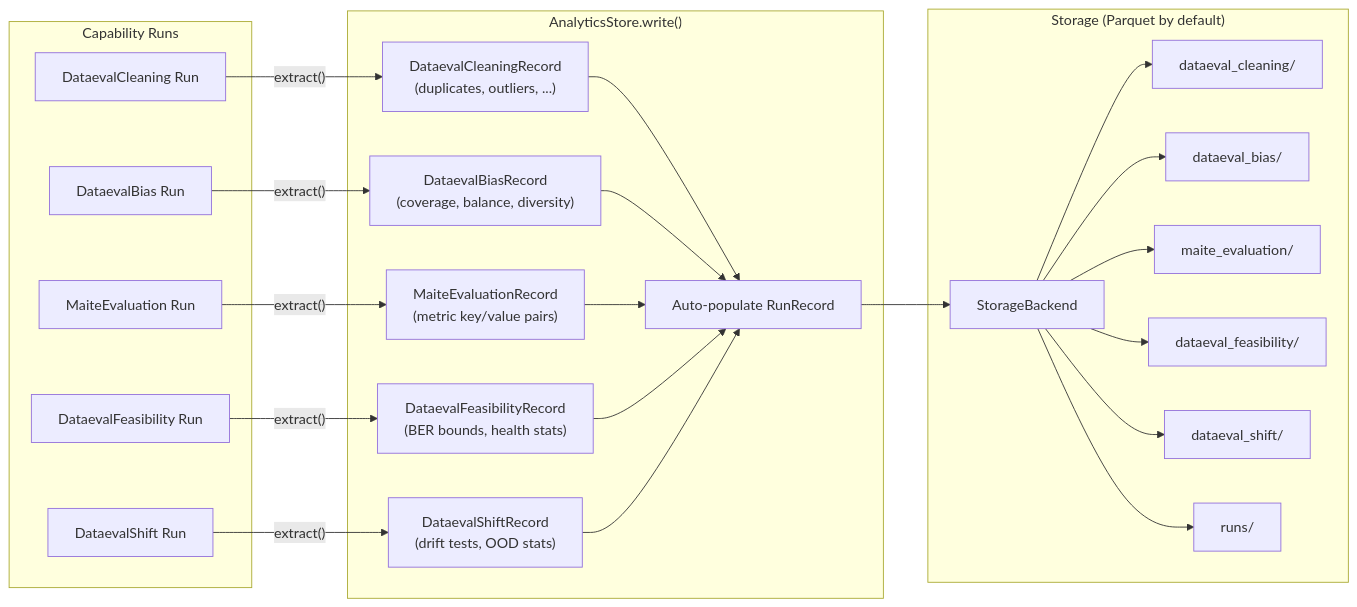
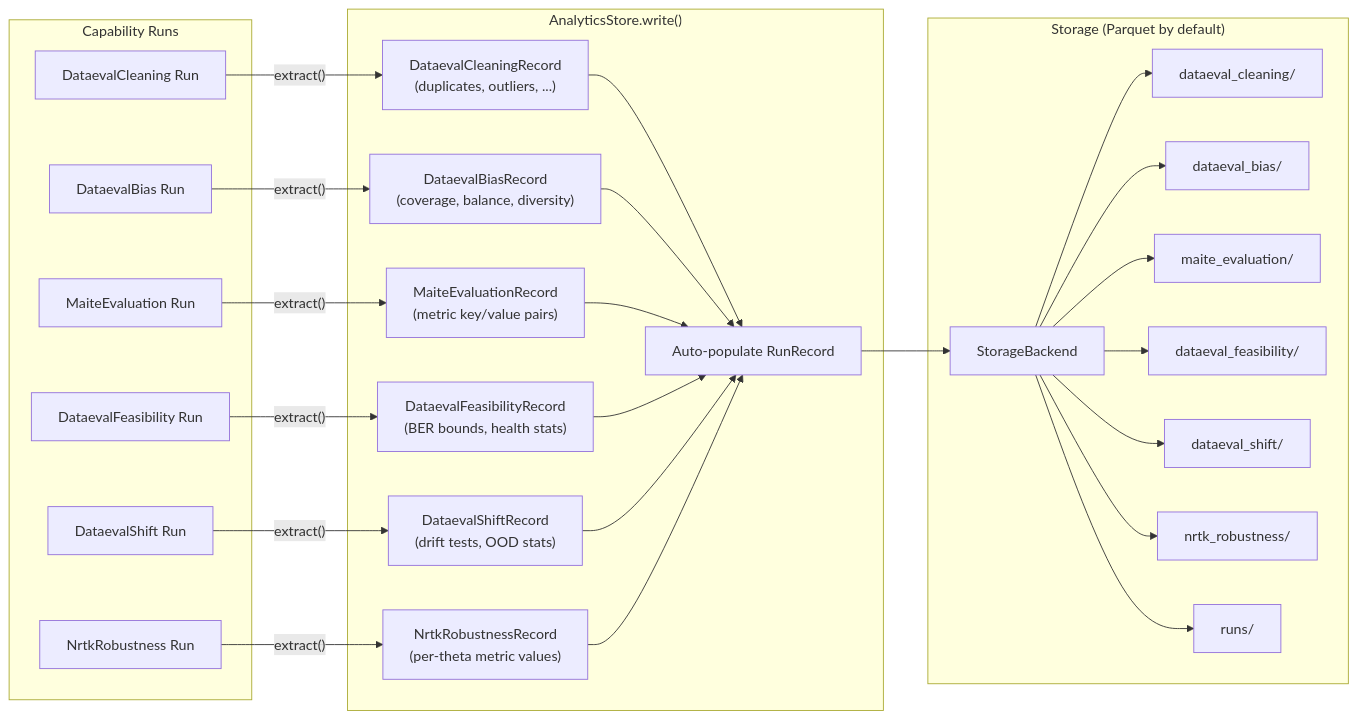
The fourth of 4 diagrams in docs/development/key_concepts.md (openteams-ai/checkmaite), drawn with Mermaid before and after one commit. The commit also changed 4 other files, not shown here.

Commit message:
Add NrtkRobustness analytics store record and extract support

````diff
--- a/docs/development/key_concepts.md
+++ b/docs/development/key_concepts.md
@@ -237,35 +237,39 @@
 ```mermaid
 flowchart LR
     subgraph "Capability Runs"
         R1["DataevalCleaning Run"]
         R2["DataevalBias Run"]
         R3["MaiteEvaluation Run"]
         R4["DataevalFeasibility Run"]
         R5["DataevalShift Run"]
+        R6["NrtkRobustness Run"]
     end
 
     R1 -->|"extract()"| Rec1["DataevalCleaningRecord<br>(duplicates, outliers, ...)"]
     R2 -->|"extract()"| Rec2["DataevalBiasRecord<br>(coverage, balance, diversity)"]
     R3 -->|"extract()"| Rec3["MaiteEvaluationRecord<br>(metric key/value pairs)"]
     R4 -->|"extract()"| Rec4["DataevalFeasibilityRecord<br>(BER bounds, health stats)"]
     R5 -->|"extract()"| Rec5["DataevalShiftRecord<br>(drift tests, OOD stats)"]
+    R6 -->|"extract()"| Rec6["NrtkRobustnessRecord<br>(per-theta metric values)"]
 
     subgraph "AnalyticsStore.write()"
         Rec1 --> W[Auto-populate RunRecord]
         Rec2 --> W
         Rec3 --> W
         Rec4 --> W
         Rec5 --> W
+        Rec6 --> W
     end
 
     W --> P["StorageBackend"]
 
     subgraph "Storage (Parquet by default)"
         P --> T1["dataeval_cleaning/"]
         P --> T2["dataeval_bias/"]
         P --> T3["maite_evaluation/"]
         P --> T4["dataeval_feasibility/"]
         P --> T5["dataeval_shift/"]
-        P --> T6["runs/"]
+        P --> T6["nrtk_robustness/"]
+        P --> T7["runs/"]
     end
 ```
````
